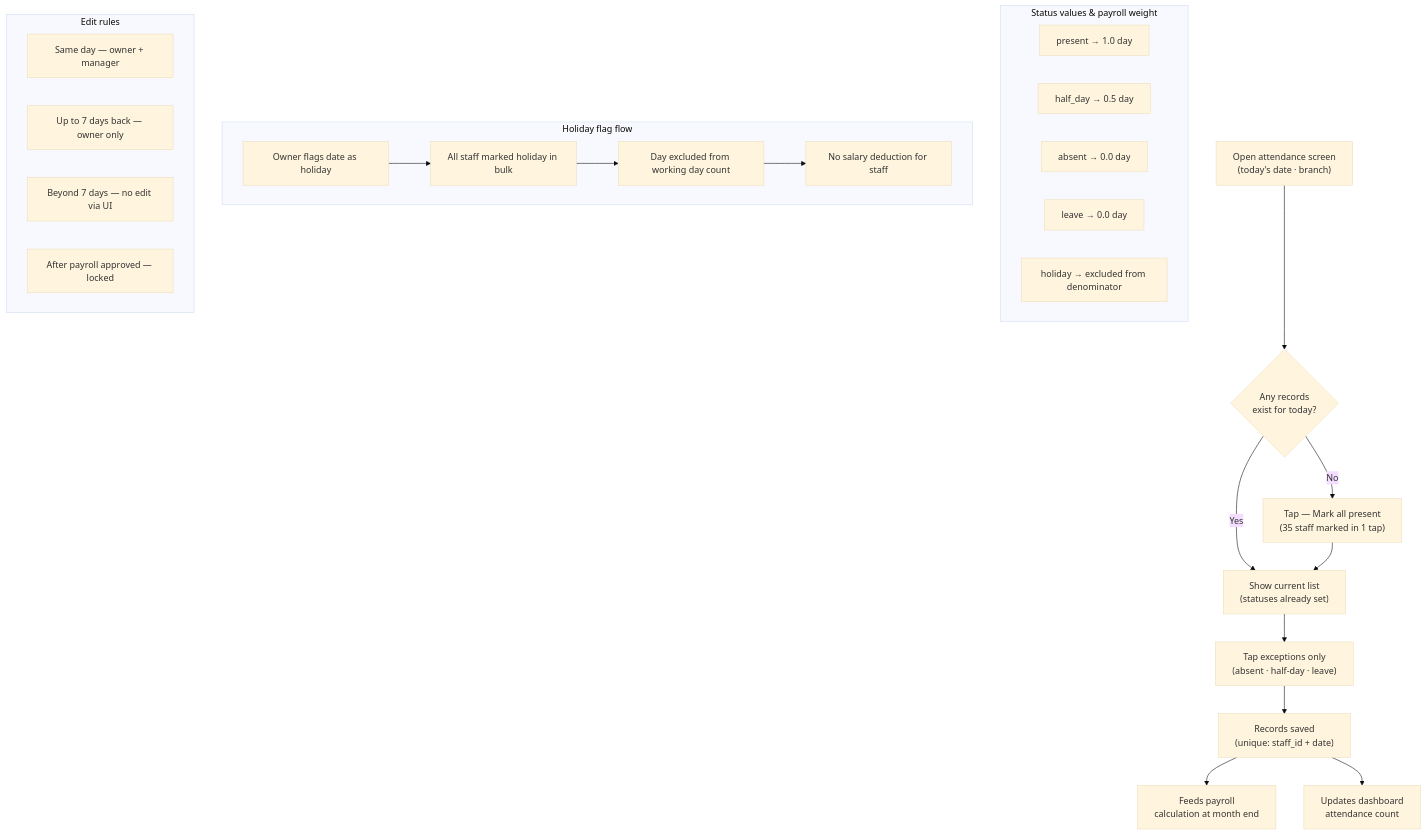
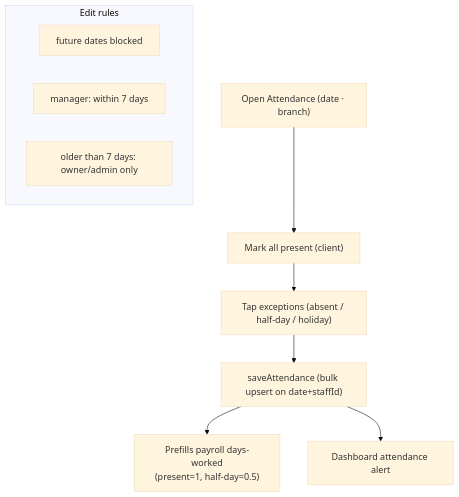
Before and after one commit to AbhishekS-381/Sree-Vaishnaves-Management: the fifth of 14 diagrams in Documentations/MODULE-MAPS.md, drawn with Mermaid (base theme). The commit also changed other lines of this file and 33 other files, not shown here.

````diff
--- a/Documentations/MODULE-MAPS.md
+++ b/Documentations/MODULE-MAPS.md
@@ -237,40 +139,16 @@
 ```mermaid
 flowchart TD
-  OPEN["Open attendance screen\n(today's date · branch)"]
-  CHECK{"Any records\nexist for today?"}
+  OPEN["Open Attendance (date · branch)"]
+  BULK["Mark all present (client)"]
+  EXC["Tap exceptions (absent / half-day / holiday)"]
+  SAVE["saveAttendance (bulk upsert on date+staffId)"]
+  OPEN --> BULK --> EXC --> SAVE
 
-  OPEN --> CHECK
-  CHECK -->|No| BULK["Tap — Mark all present\n(35 staff marked in 1 tap)"]
-  CHECK -->|Yes| LIST["Show current list\n(statuses already set)"]
-
-  BULK --> LIST
-
-  LIST --> EXCEPT["Tap exceptions only\n(absent · half-day · leave)"]
-  EXCEPT --> SAVED["Records saved\n(unique: staff_id + date)"]
-
-  subgraph STATUSES["Status values & payroll weight"]
-    ST1["present → 1.0 day"]
-    ST2["half_day → 0.5 day"]
-    ST3["absent → 0.0 day"]
-    ST4["leave → 0.0 day"]
-    ST5["holiday → excluded from denominator"]
+  subgraph RULES["Edit rules"]
+    R1["future dates blocked"]
+    R2["manager: within 7 days"]
+    R3["older than 7 days: owner/admin only"]
   end
-
-  subgraph HOLIDAY["Holiday flag flow"]
-    H1["Owner flags date as holiday"]
-    H2["All staff marked holiday in bulk"]
-    H3["Day excluded from working day count"]
-    H4["No salary deduction for staff"]
-    H1 --> H2 --> H3 --> H4
-  end
-
-  subgraph EDIT_RULES["Edit rules"]
-    E1["Same day — owner + manager"]
-    E2["Up to 7 days back — owner only"]
-    E3["Beyond 7 days — no edit via UI"]
-    E4["After payroll approved — locked"]
-  end
-
-  SAVED --> PAY["Feeds payroll\ncalculation at month end"]
-  SAVED --> DASH["Updates dashboard\nattendance count"]
+  SAVE --> PAYFEED["Prefills payroll days-worked\n(present=1, half-day=0.5)"]
+  SAVE --> DASHFEED["Dashboard attendance alert"]
 ```
````
